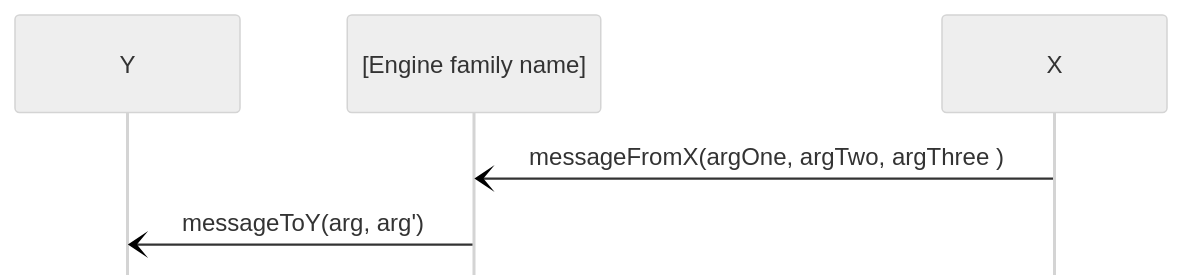
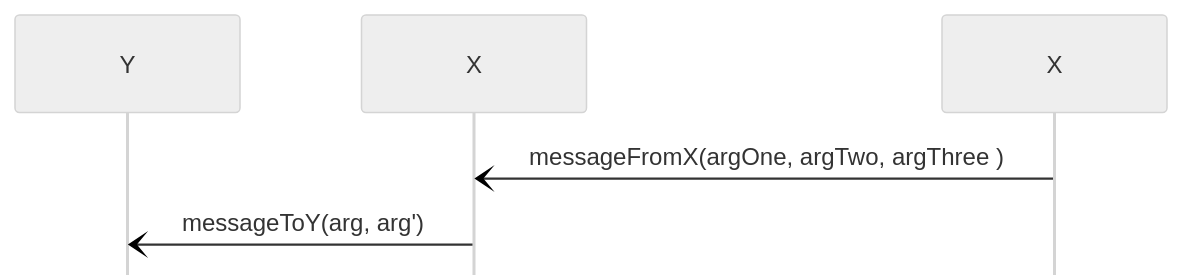
Before and after one commit to anoma/nspec: the diagram in docs/tutorial/engines/template/engine_overview.md, drawn with Mermaid (neutral theme). The commit also changed other lines of this file, not shown here.

````diff
--- a/docs/tutorial/engines/template/engine_overview.md
+++ b/docs/tutorial/engines/template/engine_overview.md
@@ -94,9 +118,9 @@
-        ```mermaid
-        %%{initialize: {'mirrorActors': false} }%%
-        sequenceDiagram
-            participant Y as Y
-            participant E as [Engine family name]
-            participant X as X
-            X -) E: messageFromX(argOne, argTwo, argThree )
-            E -) Y: messageToY(arg, arg')
-        ```
+    ```mermaid
+    %%{initialize: {'mirrorActors': false} }%%
+    sequenceDiagram
+        participant Y as Y
+        participant E as X
+        participant X as X
+        X -) E: messageFromX(argOne, argTwo, argThree )
+        E -) Y: messageToY(arg, arg')
+    ```
````
